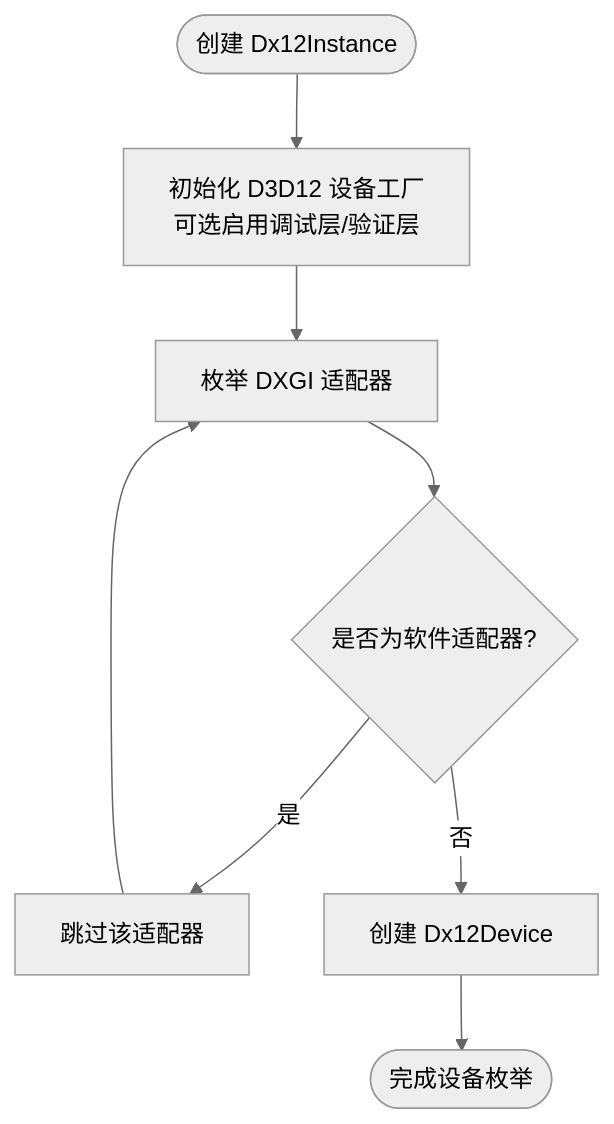
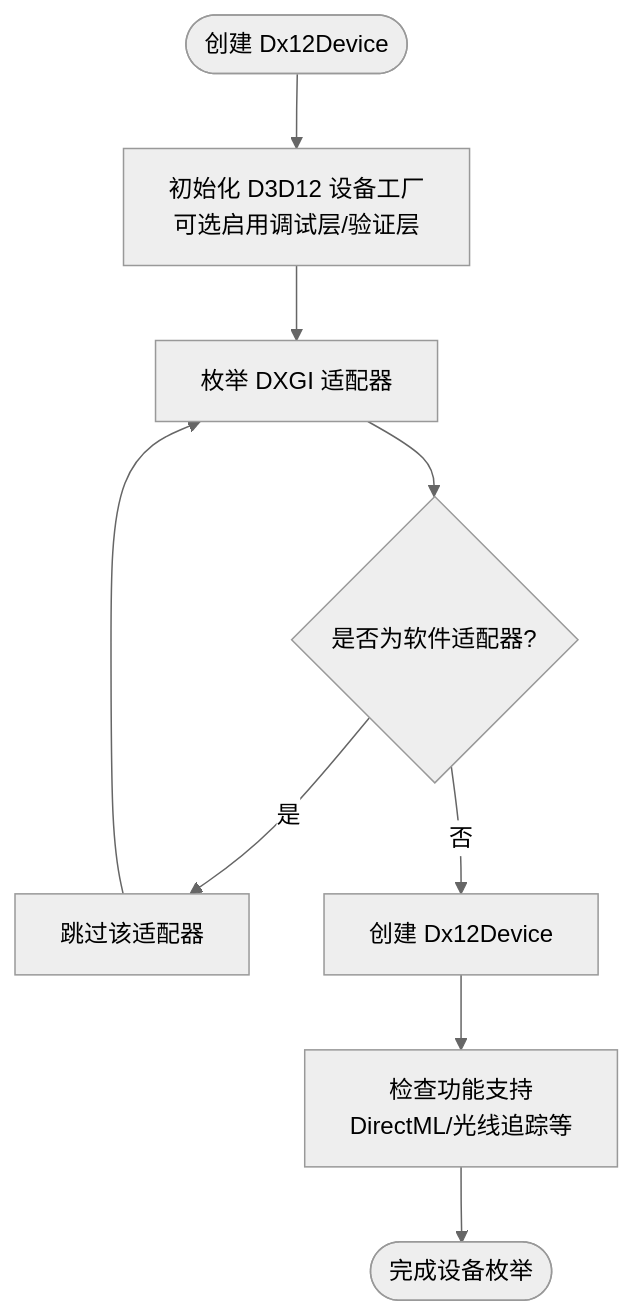
The fourth of 6 diagrams in .qoder/repowiki/zh/content/项目概览/项目概览.md (haolange/SharpGPU), drawn with Mermaid (neutral theme) before and after one commit. The commit also changed other lines of this file and 3 other files, not shown here.

````diff
--- a/.qoder/repowiki/zh/content/项目概览/项目概览.md
+++ b/.qoder/repowiki/zh/content/项目概览/项目概览.md
@@ -170,10 +204,11 @@
 ```mermaid
 flowchart TD
-Start(["创建 Dx12Instance"]) --> InitFactory["初始化 D3D12 设备工厂<br/>可选启用调试层/验证层"]
+Start(["创建 Dx12Device"]) --> InitFactory["初始化 D3D12 设备工厂<br/>可选启用调试层/验证层"]
 InitFactory --> EnumAdapters["枚举 DXGI 适配器"]
 EnumAdapters --> SkipSW{"是否为软件适配器?"}
 SkipSW -- 是 --> NextAdapter["跳过该适配器"]
 SkipSW -- 否 --> CreateDevice["创建 Dx12Device"]
 NextAdapter --> EnumAdapters
-CreateDevice --> Done(["完成设备枚举"])
+CreateDevice --> CheckFeatures["检查功能支持<br/>DirectML/光线追踪等"]
+CheckFeatures --> Done(["完成设备枚举"])
 ```
````
